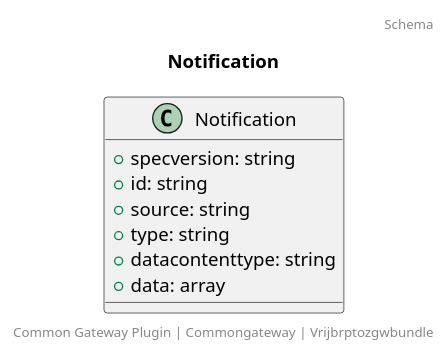
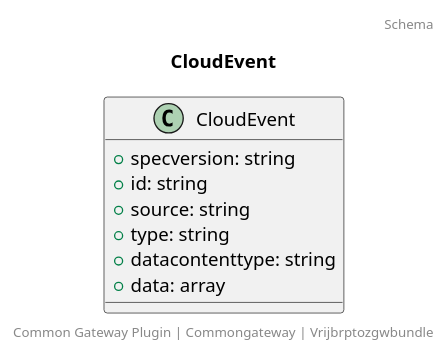
One commit to CommonGateway/VrijBRPToZGWBundle changed the diagram in docs/schema/cloudevents.notification.puml. Above: the diagram before and after it, drawn with PlantUML. The commit also changed 3 other files, not shown here.

```diff
--- a/docs/schema/cloudevents.notification.puml
+++ b/docs/schema/cloudevents.notification.puml
@@ -1,14 +1,14 @@
 @startuml
-title: Notification
+title: CloudEvent
 footer: Common Gateway Plugin | Commongateway | Vrijbrptozgwbundle 
 header: Schema
 
-class Notification {
+class CloudEvent {
   + specversion: string
   + id: string
   + source: string
   + type: string
   + datacontenttype: string
   + data: array
 }
 @enduml
```
